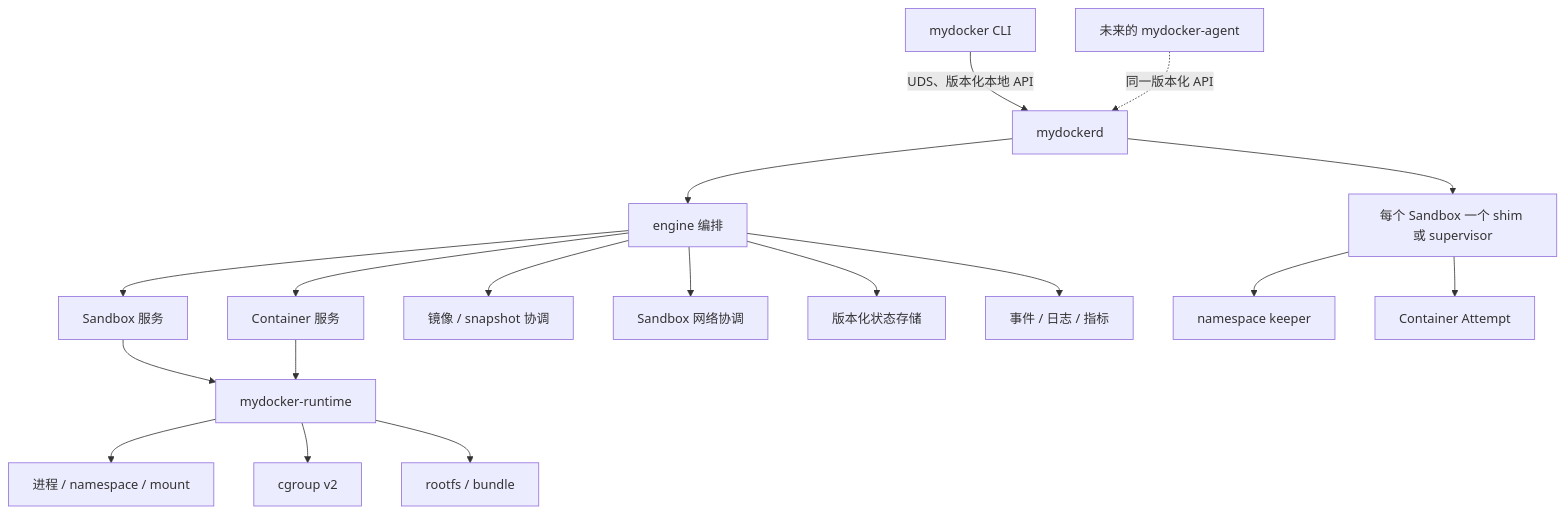
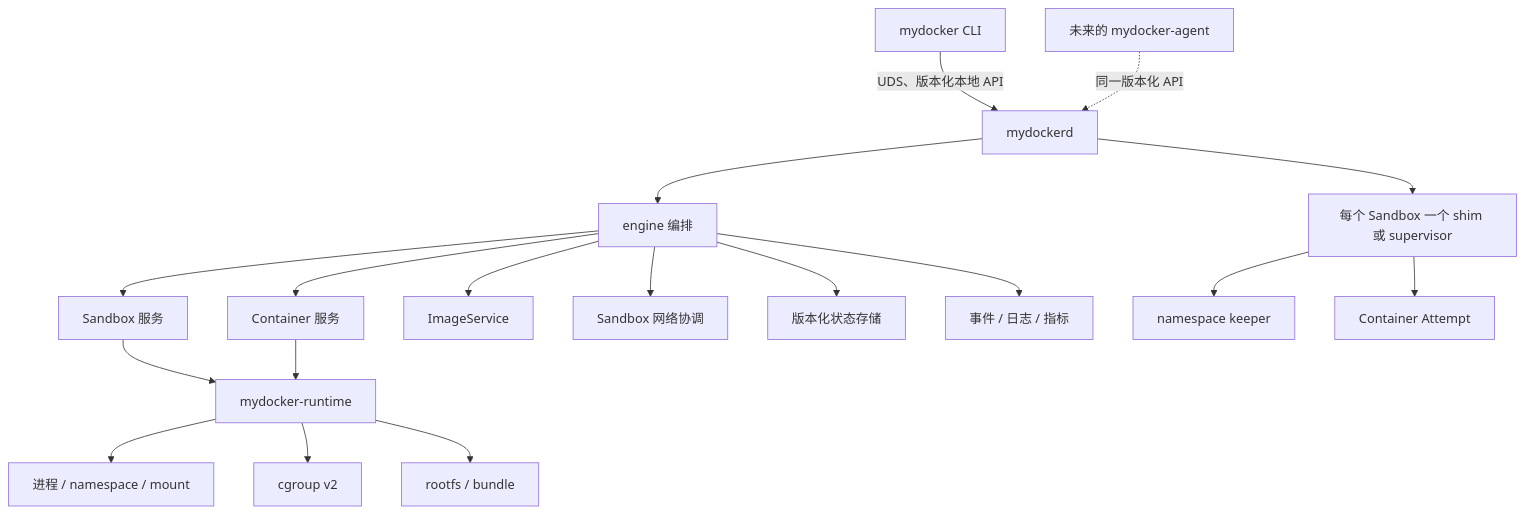
Before and after one commit to cont1nu1ty/mydocker: the first of 4 diagrams in docs/architecture.md, drawn with Mermaid. The commit also changed other lines of this file and 211 other files, not shown here.

Commit message:
feat: initialize core project structure, runtime engine components, and internal service architecture

````diff
--- a/docs/architecture.md
+++ b/docs/architecture.md
@@ -47,20 +60,20 @@
 ```mermaid
 flowchart TD
     CLI[mydocker CLI] -->|UDS、版本化本地 API| Daemon[mydockerd]
     Daemon --> Engine[engine 编排]
     Engine --> SandboxSvc[Sandbox 服务]
     Engine --> ContainerSvc[Container 服务]
-    Engine --> ImageSvc[镜像 / snapshot 协调]
+    Engine --> ImageSvc[ImageService]
     Engine --> NetworkSvc[Sandbox 网络协调]
     Engine --> Store[版本化状态存储]
     Engine --> Observe[事件 / 日志 / 指标]
     SandboxSvc --> Runtime[mydocker-runtime]
     ContainerSvc --> Runtime
     Runtime --> Process[进程 / namespace / mount]
     Runtime --> Cgroup[cgroup v2]
     Runtime --> Rootfs[rootfs / bundle]
     Daemon --> Shim[每个 Sandbox 一个 shim 或 supervisor]
     Shim --> Keeper[namespace keeper]
     Shim --> Attempt[Container Attempt]
     Agent[未来的 mydocker-agent] -.->|同一版本化 API| Daemon
 ```
````
